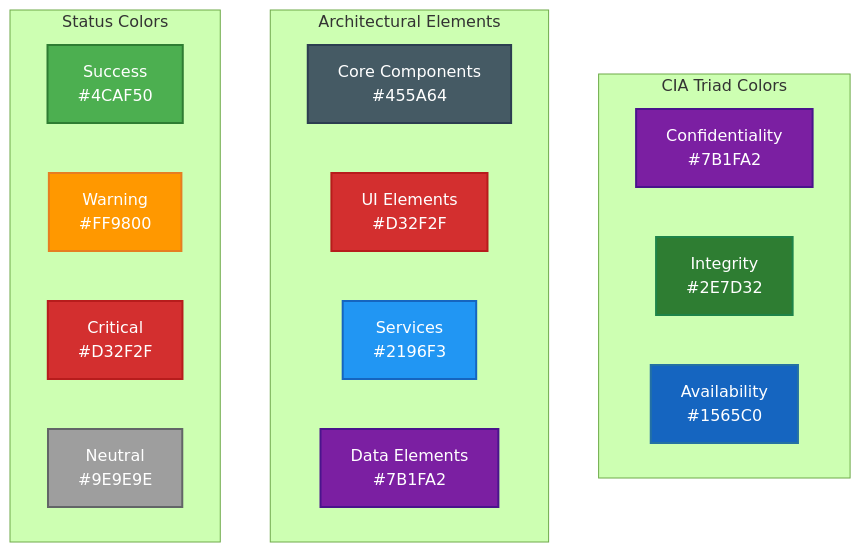
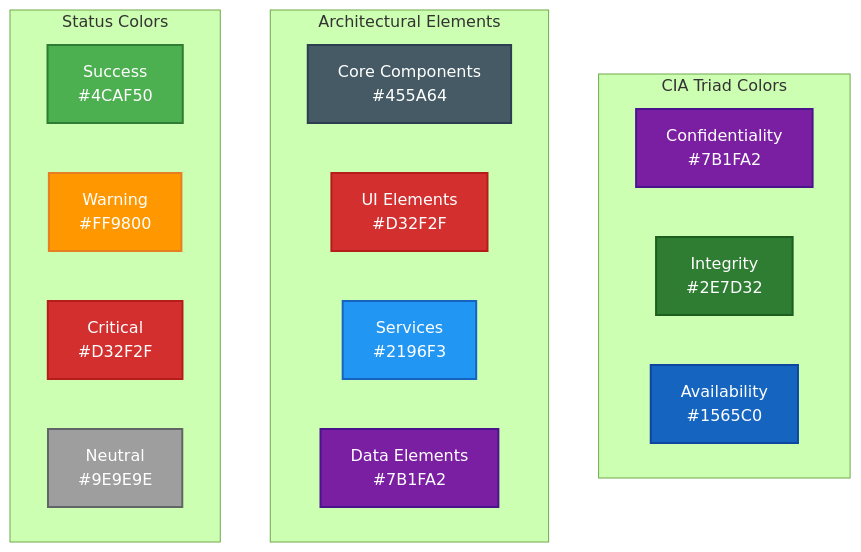
Before and after one commit to Hack23/cia-compliance-manager: the first of 6 diagrams in docs/architecture/STYLE_GUIDE.md, drawn with Mermaid (forest theme). The commit also changed 3 other files, not shown here.

````diff
--- a/docs/architecture/STYLE_GUIDE.md
+++ b/docs/architecture/STYLE_GUIDE.md
@@ -65,36 +65,36 @@
 ```mermaid
 graph TD
     subgraph "CIA Triad Colors"
         C1[Confidentiality<br>#7B1FA2]
         I1[Integrity<br>#2E7D32]
         A1[Availability<br>#1565C0]
     end
     
     subgraph "Architectural Elements"
         A2[Core Components<br>#455A64]
         A3[UI Elements<br>#D32F2F]
         A4[Services<br>#2196F3]
         A5[Data Elements<br>#7B1FA2]
     end
     
     subgraph "Status Colors"
         S1[Success<br>#4CAF50]
         S2[Warning<br>#FF9800]
         S3[Critical<br>#D32F2F]
         S4[Neutral<br>#9E9E9E]
     end
     
     style C1 fill:#7B1FA2,stroke:#4A148C,stroke-width:2px,color:white
-    style I1 fill:#2E7D32,stroke:#1e8449,stroke-width:2px,color:white
-    style A1 fill:#1565C0,stroke:#2471a3,stroke-width:2px,color:white
+    style I1 fill:#2E7D32,stroke:#1B5E20,stroke-width:2px,color:white
+    style A1 fill:#1565C0,stroke:#0D47A1,stroke-width:2px,color:white
     
     style A2 fill:#455A64,stroke:#2c3e50,stroke-width:2px,color:white
     style A3 fill:#D32F2F,stroke:#B71C1C,stroke-width:2px,color:white
     style A4 fill:#2196F3,stroke:#1565C0,stroke-width:2px,color:white
     style A5 fill:#7B1FA2,stroke:#4A148C,stroke-width:2px,color:white
     
     style S1 fill:#4CAF50,stroke:#2E7D32,stroke-width:2px,color:white
     style S2 fill:#FF9800,stroke:#e67e22,stroke-width:2px,color:white
     style S3 fill:#D32F2F,stroke:#B71C1C,stroke-width:2px,color:white
     style S4 fill:#9E9E9E,stroke:#626567,stroke-width:2px,color:white
 ```
````
